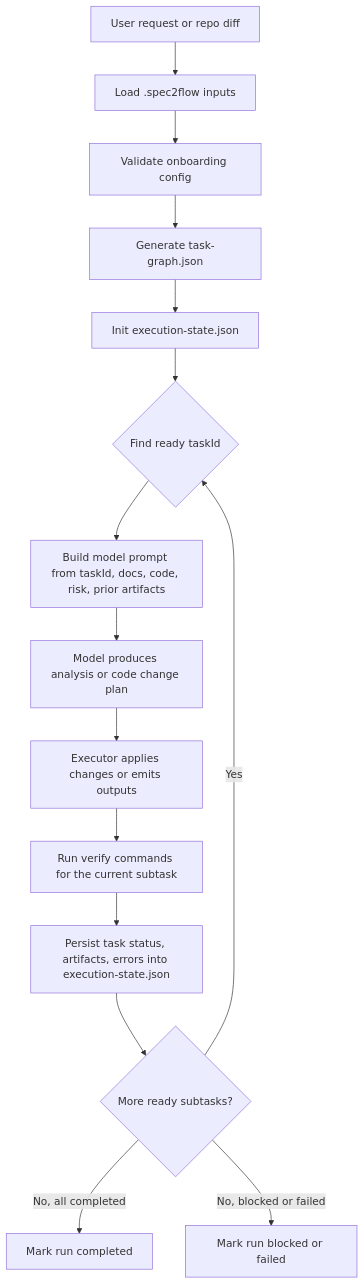
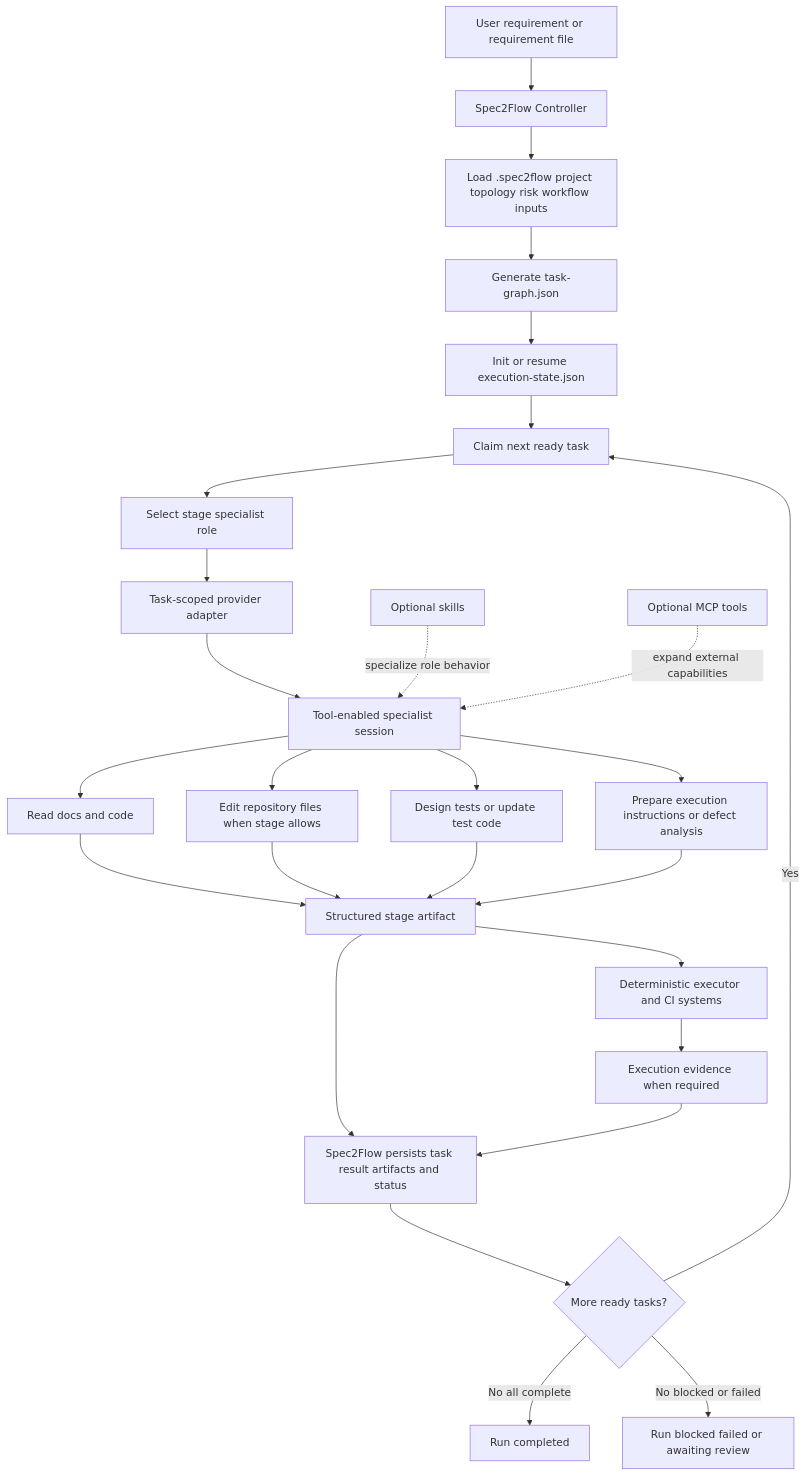
The first of 3 diagrams in docs/architecture.md (cliff-personal/Spec2Flow), drawn with Mermaid before and after one commit. The commit also changed other lines of this file and 88 other files, not shown here.

Commit message:
Migrate CLI runtime to TypeScript and formalize specialist architecture

````diff
--- a/docs/architecture.md
+++ b/docs/architecture.md
@@ -124,17 +358,34 @@
 ```mermaid
 flowchart TD
-	A[User request or repo diff] --> B[Load .spec2flow inputs]
-	B --> C[Validate onboarding config]
-	C --> D[Generate task-graph.json]
-	D --> E[Init execution-state.json]
-	E --> F{Find ready taskId}
-	F --> G[Build model prompt from taskId, docs, code, risk, prior artifacts]
-	G --> H[Model produces analysis or code change plan]
-	H --> I[Executor applies changes or emits outputs]
-	I --> J[Run verify commands for the current subtask]
-	J --> K[Persist task status, artifacts, errors into execution-state.json]
-	K --> L{More ready subtasks?}
-	L -->|Yes| F
-	L -->|No, all completed| M[Mark run completed]
-	L -->|No, blocked or failed| N[Mark run blocked or failed]
+    A[User requirement or requirement file] --> B[Spec2Flow Controller]
+    B --> C[Load .spec2flow project topology risk workflow inputs]
+    C --> D[Generate task-graph.json]
+    D --> E[Init or resume execution-state.json]
+    E --> F[Claim next ready task]
+
+	F --> G[Select stage specialist role]
+	G --> H[Task-scoped provider adapter]
+	H --> I[Tool-enabled specialist session]
+
+	I --> J[Read docs and code]
+	I --> K[Edit repository files when stage allows]
+	I --> L[Design tests or update test code]
+	I --> M[Prepare execution instructions or defect analysis]
+
+	J --> N[Structured stage artifact]
+	K --> N
+	L --> N
+	M --> N
+
+	N --> O[Deterministic executor and CI systems]
+	O --> P[Execution evidence when required]
+	N --> Q[Spec2Flow persists task result artifacts and status]
+	P --> Q
+	Q --> R{More ready tasks?}
+	R -->|Yes| F
+	R -->|No all complete| S[Run completed]
+	R -->|No blocked or failed| T[Run blocked failed or awaiting review]
+
+	U[Optional skills] -. specialize role behavior .-> I
+	V[Optional MCP tools] -. expand external capabilities .-> I
 ```
````
